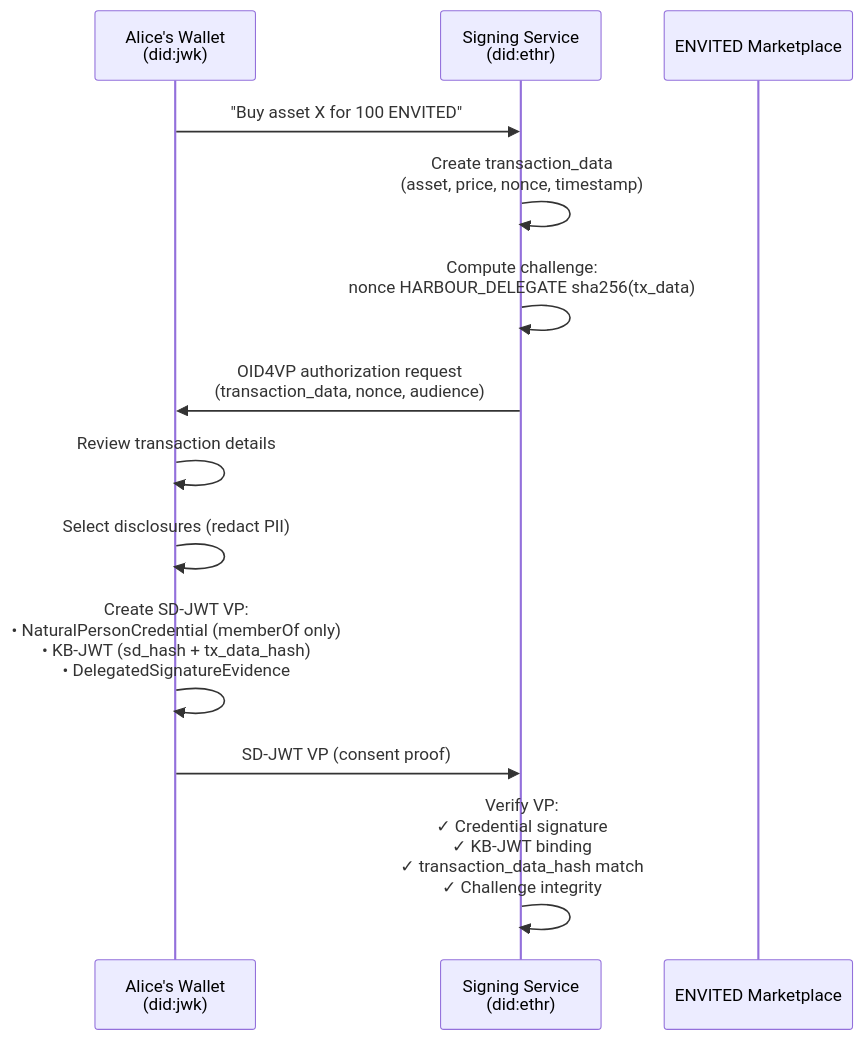
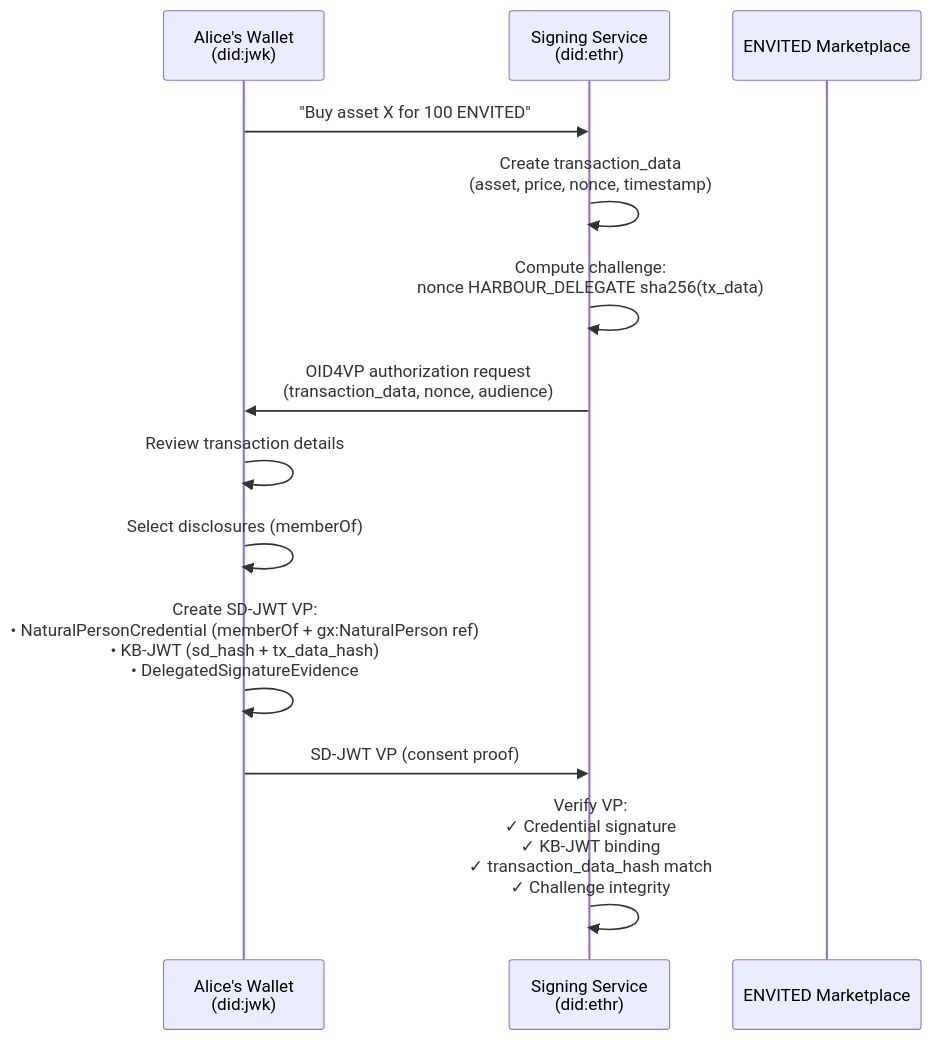
One commit to reachhaven/harbour-credentials changed the fourth of 5 diagrams in examples/README.md. Above: the diagram before and after it, drawn with Mermaid. The commit also changed other lines of this file and 41 other files, not shown here.

````diff
--- a/examples/README.md
+++ b/examples/README.md
@@ -228,16 +230,16 @@
 ```mermaid
 sequenceDiagram
     participant A as Alice's Wallet<br/>(did:jwk)
     participant SS as Signing Service<br/>(did:ethr)
     participant MP as ENVITED Marketplace
 
     A->>SS: "Buy asset X for 100 ENVITED"
     SS->>SS: Create transaction_data<br/>(asset, price, nonce, timestamp)
     SS->>SS: Compute challenge:<br/>nonce HARBOUR_DELEGATE sha256(tx_data)
     SS->>A: OID4VP authorization request<br/>(transaction_data, nonce, audience)
     A->>A: Review transaction details
-    A->>A: Select disclosures (redact PII)
-    A->>A: Create SD-JWT VP:<br/>• NaturalPersonCredential (memberOf only)<br/>• KB-JWT (sd_hash + tx_data_hash)<br/>• DelegatedSignatureEvidence
+    A->>A: Select disclosures (memberOf)
+    A->>A: Create SD-JWT VP:<br/>• NaturalPersonCredential (memberOf + gx:NaturalPerson ref)<br/>• KB-JWT (sd_hash + tx_data_hash)<br/>• DelegatedSignatureEvidence
     A->>SS: SD-JWT VP (consent proof)
     SS->>SS: Verify VP:<br/>✓ Credential signature<br/>✓ KB-JWT binding<br/>✓ transaction_data_hash match<br/>✓ Challenge integrity
 ```
````
